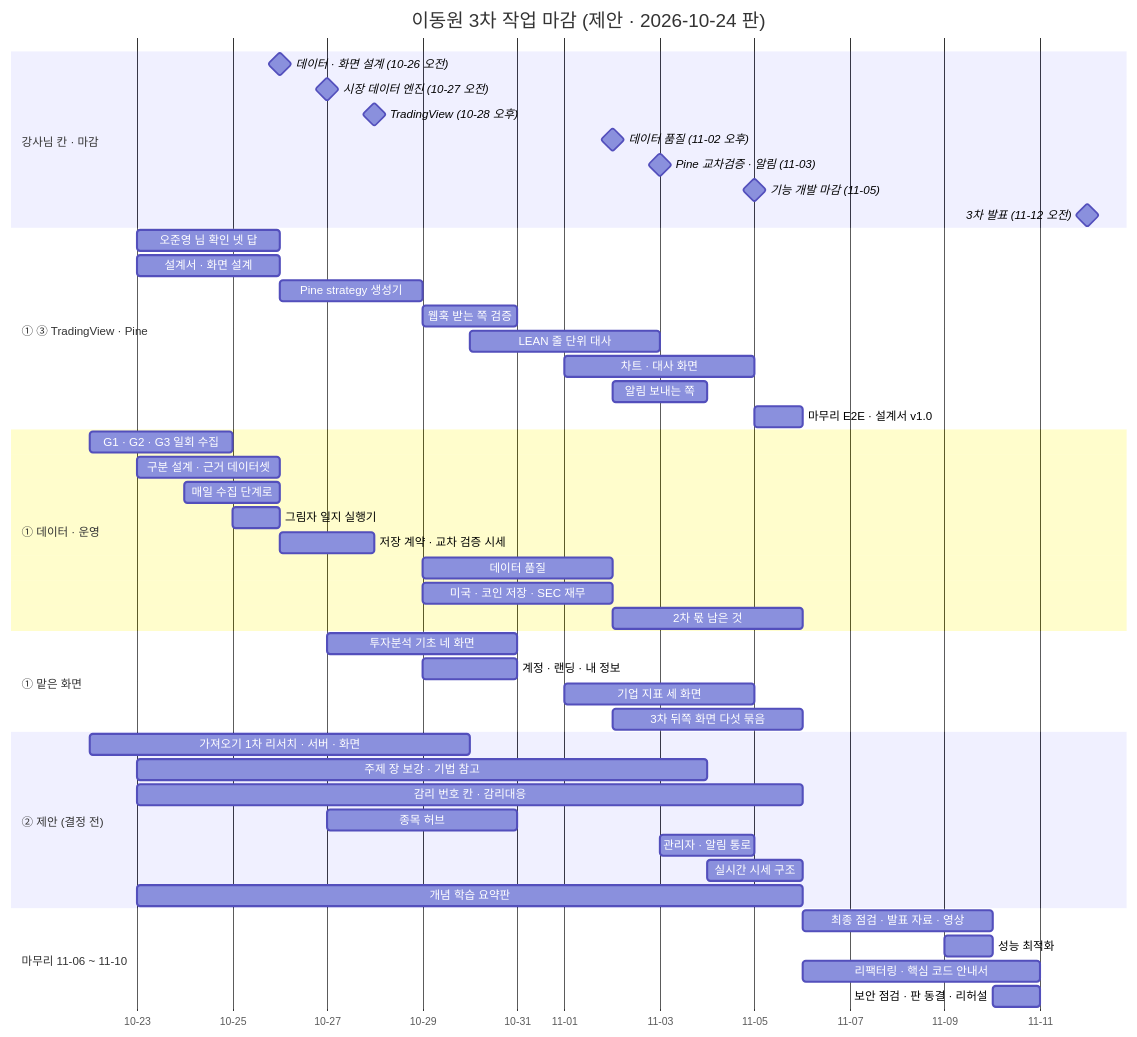
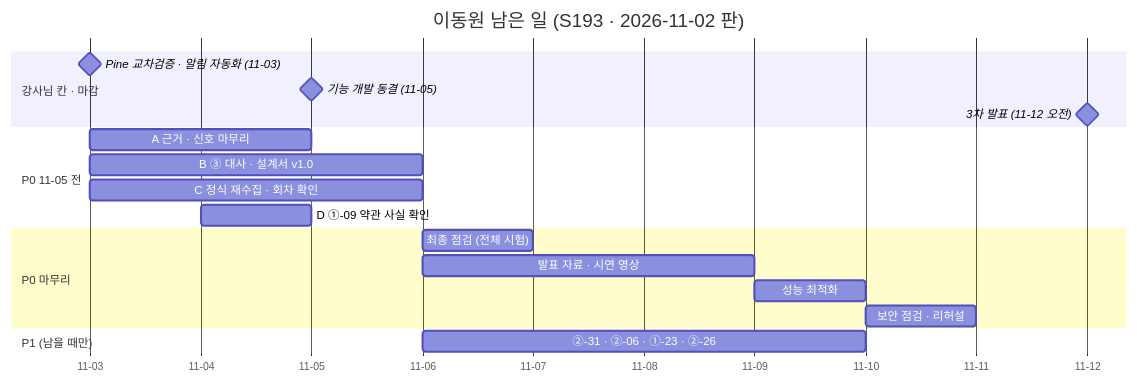
One commit to EST-team-project/Qurious changed the diagram in docs/phase-3/00-management/plans/이동원파트-할일.md. Above: the diagram before and after it, drawn with Mermaid. The commit also changed other lines of this file and 28 other files, not shown here.

````diff
--- a/docs/phase-3/00-management/plans/이동원파트-할일.md
+++ b/docs/phase-3/00-management/plans/이동원파트-할일.md
@@ -547,50 +165,22 @@
 ```mermaid
 gantt
-    title 이동원 3차 작업 마감 (제안 · 2026-10-24 판)
+    title 이동원 남은 일 (S193 · 2026-11-02 판)
     dateFormat YYYY-MM-DD
     axisFormat %m-%d
     section 강사님 칸 · 마감
-    데이터 · 화면 설계 (10-26 오전)   :milestone, 2026-10-26, 0d
-    시장 데이터 엔진 (10-27 오전)     :milestone, 2026-10-27, 0d
-    TradingView (10-28 오후)          :milestone, 2026-10-28, 0d
-    데이터 품질 (11-02 오후)          :milestone, 2026-11-02, 0d
-    Pine 교차검증 · 알림 (11-03)      :milestone, 2026-11-03, 0d
-    기능 개발 마감 (11-05)            :milestone, 2026-11-05, 0d
-    3차 발표 (11-12 오전)             :milestone, 2026-11-12, 0d
-    section ① ③ TradingView · Pine
-    오준영 님 확인 넷 답              :2026-10-23, 3d
-    설계서 · 화면 설계                :2026-10-23, 3d
-    Pine strategy 생성기              :2026-10-26, 3d
-    웹훅 받는 쪽 검증                 :2026-10-29, 2d
-    LEAN 줄 단위 대사                 :2026-10-30, 4d
-    차트 · 대사 화면                  :2026-11-01, 4d
-    알림 보내는 쪽                    :2026-11-02, 2d
-    마무리 E2E · 설계서 v1.0          :2026-11-05, 1d
-    section ① 데이터 · 운영
-    G1 · G2 · G3 일회 수집            :2026-10-22, 3d
-    구분 설계 · 근거 데이터셋         :2026-10-23, 3d
-    매일 수집 단계로                  :2026-10-24, 2d
-    그림자 일지 실행기                :2026-10-25, 1d
-    저장 계약 · 교차 검증 시세        :2026-10-26, 2d
-    데이터 품질                       :2026-10-29, 4d
-    미국 · 코인 저장 · SEC 재무       :2026-10-29, 4d
-    2차 몫 남은 것                    :2026-11-02, 4d
-    section ① 맡은 화면
-    투자분석 기초 네 화면             :2026-10-27, 4d
-    계정 · 랜딩 · 내 정보             :2026-10-29, 2d
-    기업 지표 세 화면                 :2026-11-01, 4d
-    3차 뒤쪽 화면 다섯 묶음           :2026-11-02, 4d
-    section ② 제안 (결정 전)
-    가져오기 1차 리서치 · 서버 · 화면 :2026-10-22, 8d
-    주제 장 보강 · 기법 참고           :2026-10-23, 12d
-    감리 번호 칸 · 감리대응           :2026-10-23, 14d
-    종목 허브                         :2026-10-27, 4d
-    관리자 · 알림 통로                :2026-11-03, 2d
-    실시간 시세 구조                  :2026-11-04, 2d
-    개념 학습 요약판                  :2026-10-23, 14d
-    section 마무리 11-06 ~ 11-10
-    최종 점검 · 발표 자료 · 영상      :2026-11-06, 4d
-    성능 최적화                       :2026-11-09, 1d
-    리팩터링 · 핵심 코드 안내서       :2026-11-06, 5d
-    보안 점검 · 판 동결 · 리허설      :2026-11-10, 1d
+    Pine 교차검증 · 알림 자동화 (11-03)   :milestone, 2026-11-03, 0d
+    기능 개발 동결 (11-05)                :milestone, 2026-11-05, 0d
+    3차 발표 (11-12 오전)                 :milestone, 2026-11-12, 0d
+    section P0 11-05 전
+    A 근거 · 신호 마무리                  :2026-11-03, 2d
+    B ③ 대사 · 설계서 v1.0                :2026-11-03, 3d
+    C 정식 재수집 · 회차 확인             :2026-11-03, 3d
+    D ①-09 약관 사실 확인                 :2026-11-04, 1d
+    section P0 마무리
+    최종 점검 (전체 시험)                 :2026-11-06, 1d
+    발표 자료 · 시연 영상                 :2026-11-06, 3d
+    성능 최적화                           :2026-11-09, 1d
+    보안 점검 · 리허설                    :2026-11-10, 1d
+    section P1 (남을 때만)
+    ②-31 · ②-06 · ①-23 · ②-26             :2026-11-06, 4d
 ```
````
